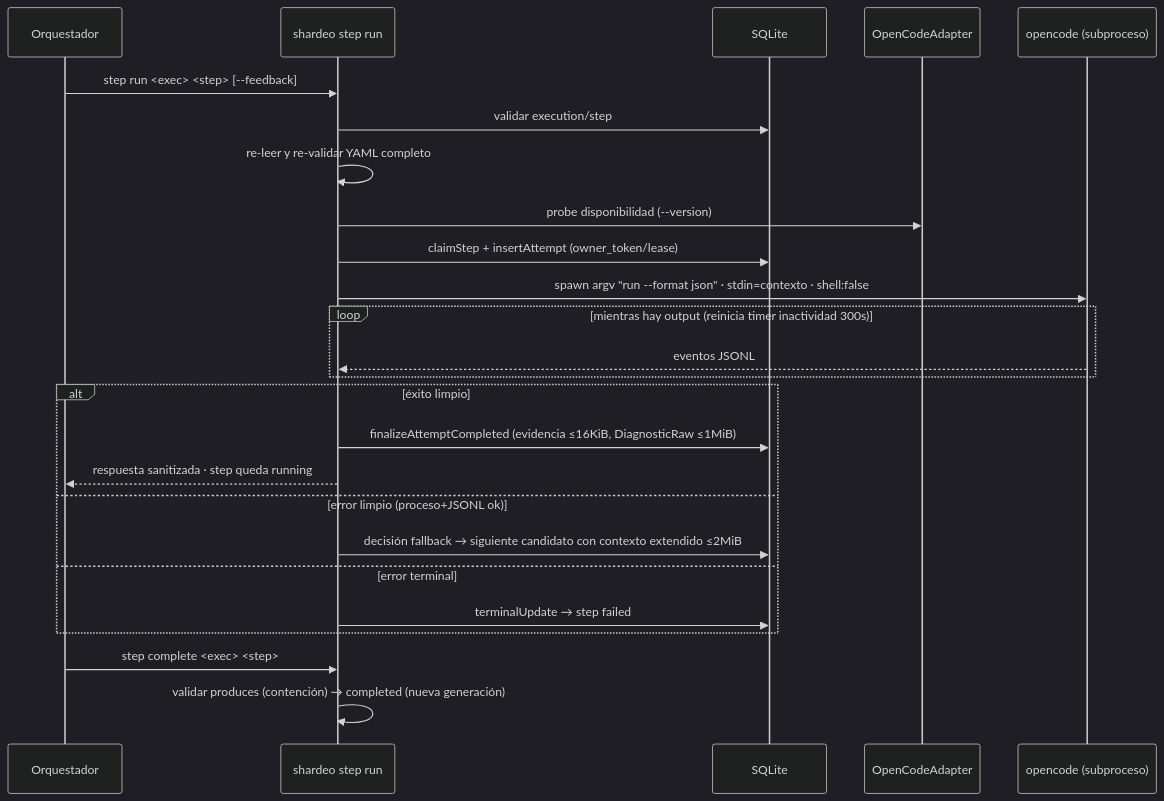
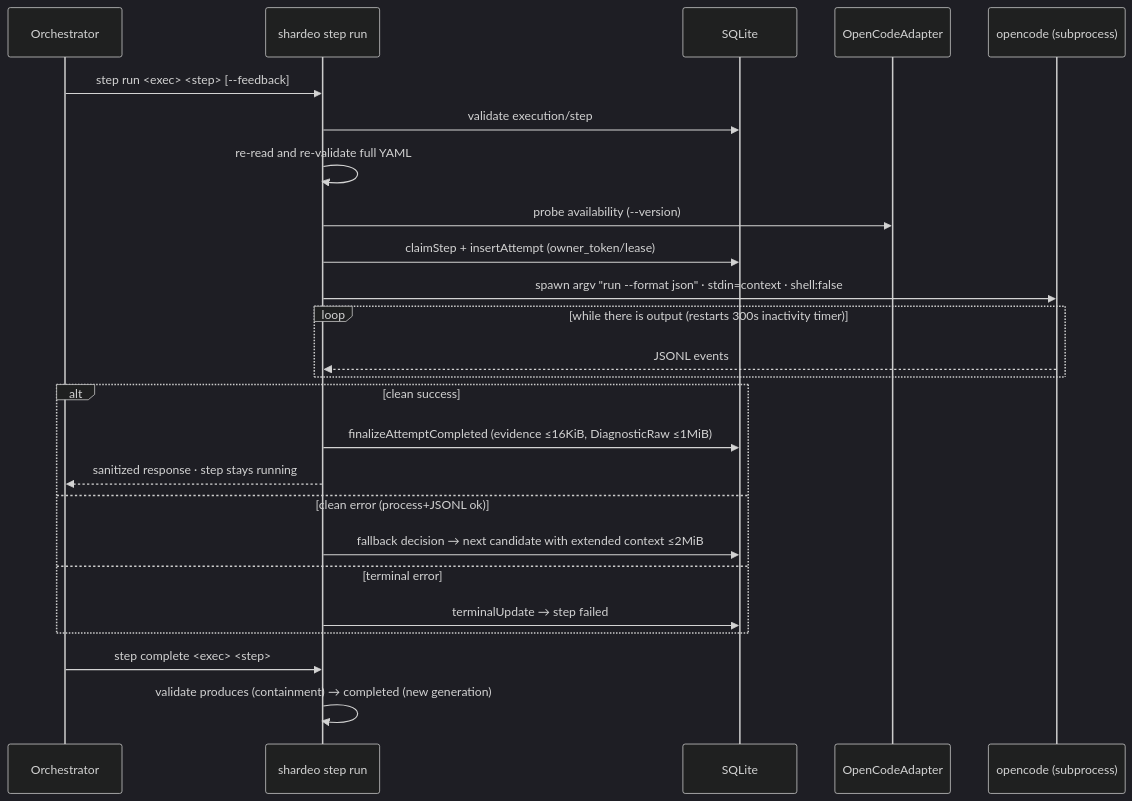
Before and after one commit to HectorCortes/haro: the second of 4 diagrams in docs/reference/PROJECT_CONTEXT.md, drawn with Mermaid (dark theme). The commit also changed other lines of this file and 2 other files, not shown here.

Commit message:
docs: translate v1 reference docs to English (SPECS, business context, project context)

````diff
--- a/docs/reference/PROJECT_CONTEXT.md
+++ b/docs/reference/PROJECT_CONTEXT.md
@@ -251,27 +251,27 @@
 ```mermaid
 sequenceDiagram
-    participant O as Orquestador
+    participant O as Orchestrator
     participant C as shardeo step run
     participant DB as SQLite
     participant A as OpenCodeAdapter
-    participant OC as opencode (subproceso)
+    participant OC as opencode (subprocess)
     O->>C: step run <exec> <step> [--feedback]
-    C->>DB: validar execution/step
-    C->>C: re-leer y re-validar YAML completo
-    C->>A: probe disponibilidad (--version)
+    C->>DB: validate execution/step
+    C->>C: re-read and re-validate full YAML
+    C->>A: probe availability (--version)
     C->>DB: claimStep + insertAttempt (owner_token/lease)
-    C->>OC: spawn argv "run --format json" · stdin=contexto · shell:false
-    loop mientras hay output (reinicia timer inactividad 300s)
-        OC-->>C: eventos JSONL
+    C->>OC: spawn argv "run --format json" · stdin=context · shell:false
+    loop while there is output (restarts 300s inactivity timer)
+        OC-->>C: JSONL events
     end
-    alt éxito limpio
-        C->>DB: finalizeAttemptCompleted (evidencia ≤16KiB, DiagnosticRaw ≤1MiB)
-        C-->>O: respuesta sanitizada · step queda running
-    else error limpio (proceso+JSONL ok)
-        C->>DB: decisión fallback → siguiente candidato con contexto extendido ≤2MiB
-    else error terminal
+    alt clean success
+        C->>DB: finalizeAttemptCompleted (evidence ≤16KiB, DiagnosticRaw ≤1MiB)
+        C-->>O: sanitized response · step stays running
+    else clean error (process+JSONL ok)
+        C->>DB: fallback decision → next candidate with extended context ≤2MiB
+    else terminal error
         C->>DB: terminalUpdate → step failed
     end
     O->>C: step complete <exec> <step>
-    C->>C: validar produces (contención) → completed (nueva generación)
+    C->>C: validate produces (containment) → completed (new generation)
 ```
````
